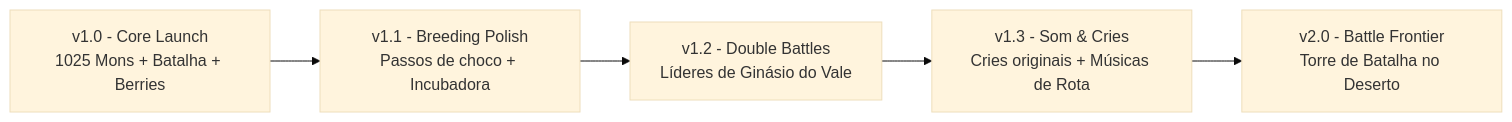
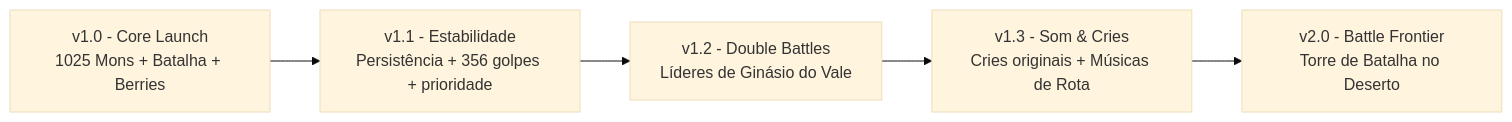
The diagram in README.md (Cavalino121/PokeValley-Overhaul), drawn with Mermaid (base theme) before and after one commit. The commit also changed other lines of this file and 17 other files, not shown here.

````diff
--- a/README.md
+++ b/README.md
@@ -160,7 +172,7 @@
 ```mermaid
 flowchart LR
-    A["v1.0 - Core Launch<br>1025 Mons + Batalha + Berries"] --> B["v1.1 - Breeding Polish<br>Passos de choco + Incubadora"]
+    A["v1.0 - Core Launch<br>1025 Mons + Batalha + Berries"] --> B["v1.1 - Estabilidade<br>Persistência + 356 golpes + prioridade"]
     B --> C["v1.2 - Double Battles<br>Líderes de Ginásio do Vale"]
     C --> D["v1.3 - Som & Cries<br>Cries originais + Músicas de Rota"]
     D --> E["v2.0 - Battle Frontier<br>Torre de Batalha no Deserto"]
 ```
````
